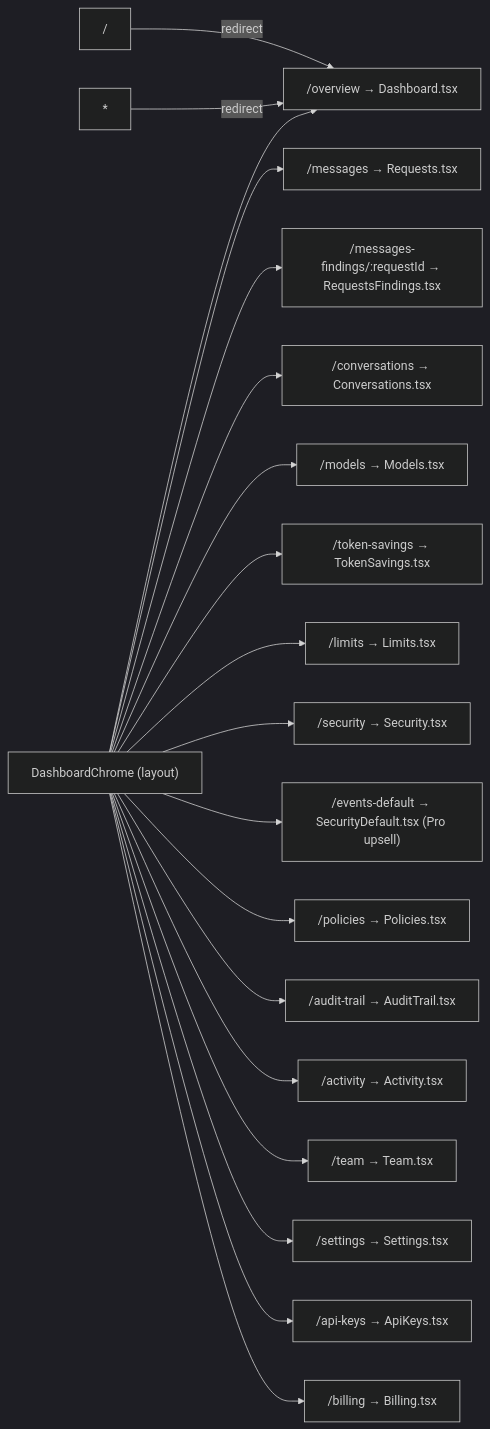
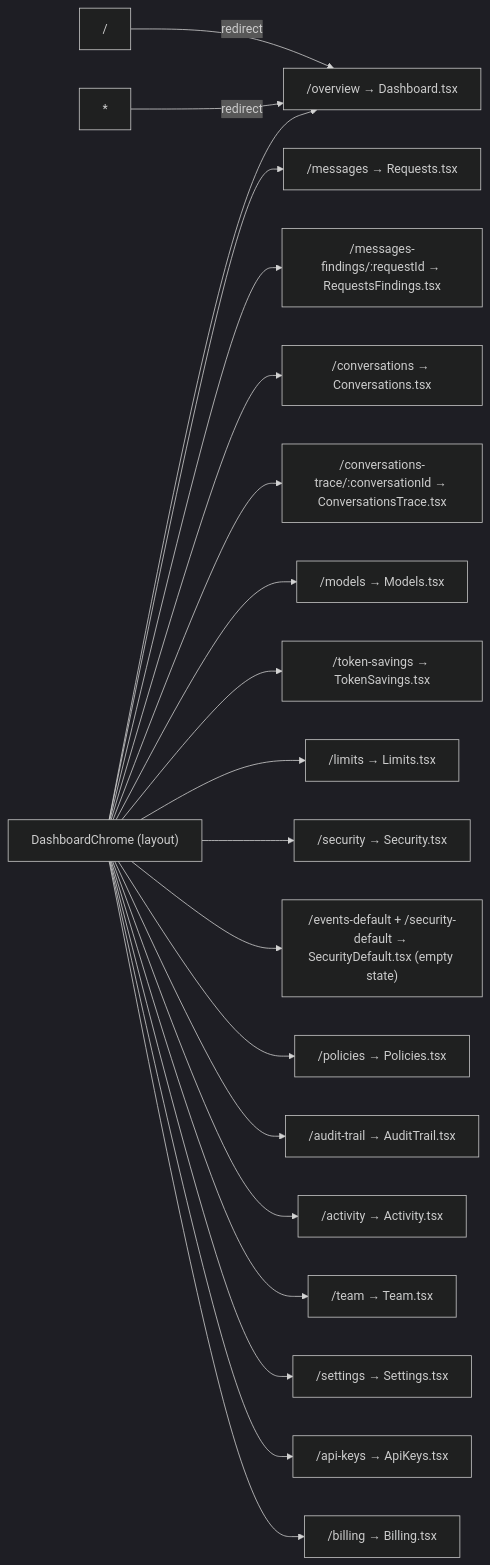
The first of 4 diagrams in data-model.md (Neoneue/gate-ai-build), drawn with Mermaid (dark theme) before and after one commit. The commit also changed other lines of this file, not shown here.

First line of the commit message:
docs(data-model): realign the architecture doc with the shipped code

````diff
--- a/data-model.md
+++ b/data-model.md
@@ -31,24 +31,25 @@
 ```mermaid
 graph LR
     ROOT["/"] -->|redirect| OV
     WILD["*"] -->|redirect| OV
 
     LAYOUT["DashboardChrome (layout)"]
 
     LAYOUT --> OV["/overview → Dashboard.tsx"]
     LAYOUT --> REQ["/messages → Requests.tsx"]
     LAYOUT --> REQF["/messages-findings/:requestId → RequestsFindings.tsx"]
     LAYOUT --> CONV["/conversations → Conversations.tsx"]
+    LAYOUT --> CONVT["/conversations-trace/:conversationId → ConversationsTrace.tsx"]
     LAYOUT --> MOD["/models → Models.tsx"]
     LAYOUT --> TOK["/token-savings → TokenSavings.tsx"]
     LAYOUT --> LIM["/limits → Limits.tsx"]
     LAYOUT --> SEC["/security → Security.tsx"]
-    LAYOUT --> SECDEF["/events-default → SecurityDefault.tsx (Pro upsell)"]
+    LAYOUT --> SECDEF["/events-default + /security-default → SecurityDefault.tsx (empty state)"]
     LAYOUT --> POL["/policies → Policies.tsx"]
     LAYOUT --> AUD["/audit-trail → AuditTrail.tsx"]
     LAYOUT --> ACT["/activity → Activity.tsx"]
     LAYOUT --> TEAM["/team → Team.tsx"]
     LAYOUT --> SET["/settings → Settings.tsx"]
     LAYOUT --> KEYS["/api-keys → ApiKeys.tsx"]
     LAYOUT --> BILL["/billing → Billing.tsx"]
 ```
````
